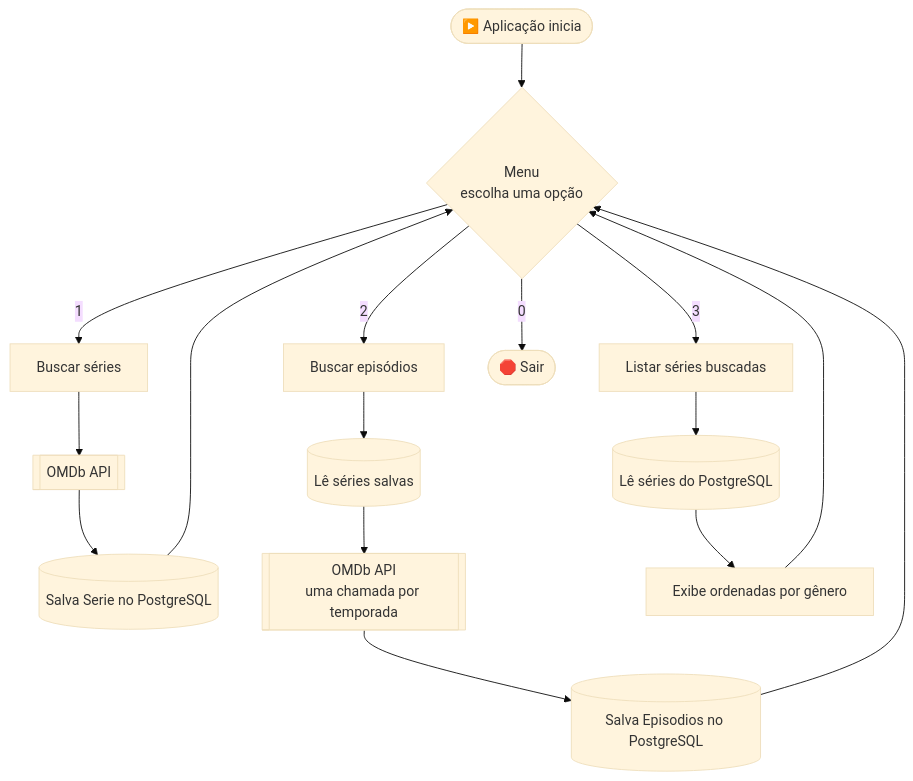
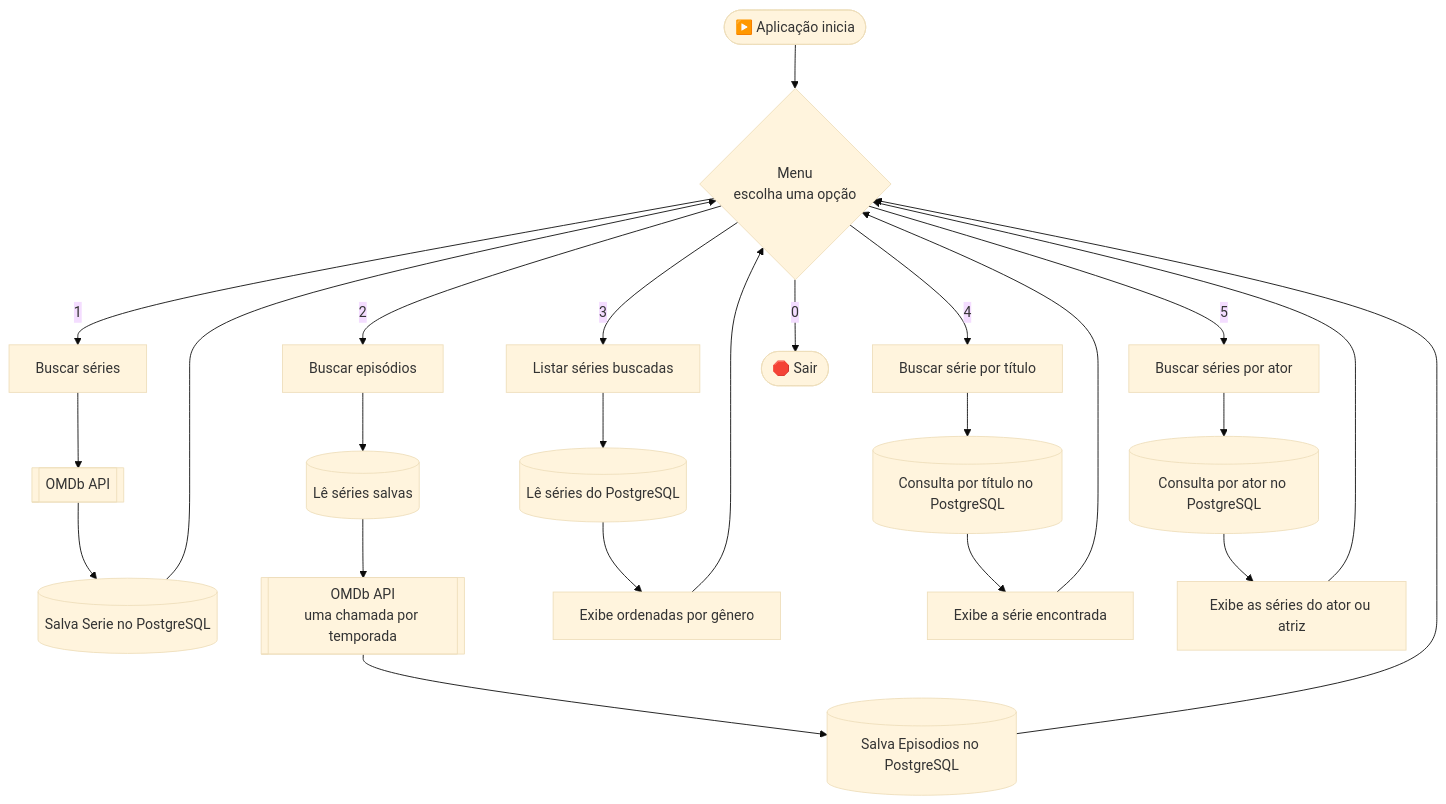
Before and after one commit to IgorPedrol/Screenmatch: the second of 6 diagrams in README.md, drawn with Mermaid (base theme). The commit also changed other lines of this file, not shown here.

````diff
--- a/README.md
+++ b/README.md
@@ -152,20 +155,28 @@
 ```mermaid
 flowchart TD
     START(["▶️ Aplicação inicia"]) --> MENU{"Menu<br/>escolha uma opção"}
     MENU -->|"1"| S1["Buscar séries"]
     MENU -->|"2"| S2["Buscar episódios"]
     MENU -->|"3"| S3["Listar séries buscadas"]
+    MENU -->|"4"| S4["Buscar série por título"]
+    MENU -->|"5"| S5["Buscar séries por ator"]
     MENU -->|"0"| END(["🛑 Sair"])
 
     S1 --> API1[["OMDb API"]]
     API1 --> SAVE1[("Salva Serie no PostgreSQL")]
     S2 --> DBREAD[("Lê séries salvas")]
     DBREAD --> API2[["OMDb API<br/>uma chamada por temporada"]]
     API2 --> SAVE2[("Salva Episodios no PostgreSQL")]
     S3 --> DB3[("Lê séries do PostgreSQL")]
     DB3 --> OUT["Exibe ordenadas por gênero"]
+    S4 --> DB4[("Consulta por título no PostgreSQL")]
+    DB4 --> OUT4["Exibe a série encontrada"]
+    S5 --> DB5[("Consulta por ator no PostgreSQL")]
+    DB5 --> OUT5["Exibe as séries do ator ou atriz"]
 
     SAVE1 --> MENU
     SAVE2 --> MENU
     OUT --> MENU
+    OUT4 --> MENU
+    OUT5 --> MENU
 ```
````
